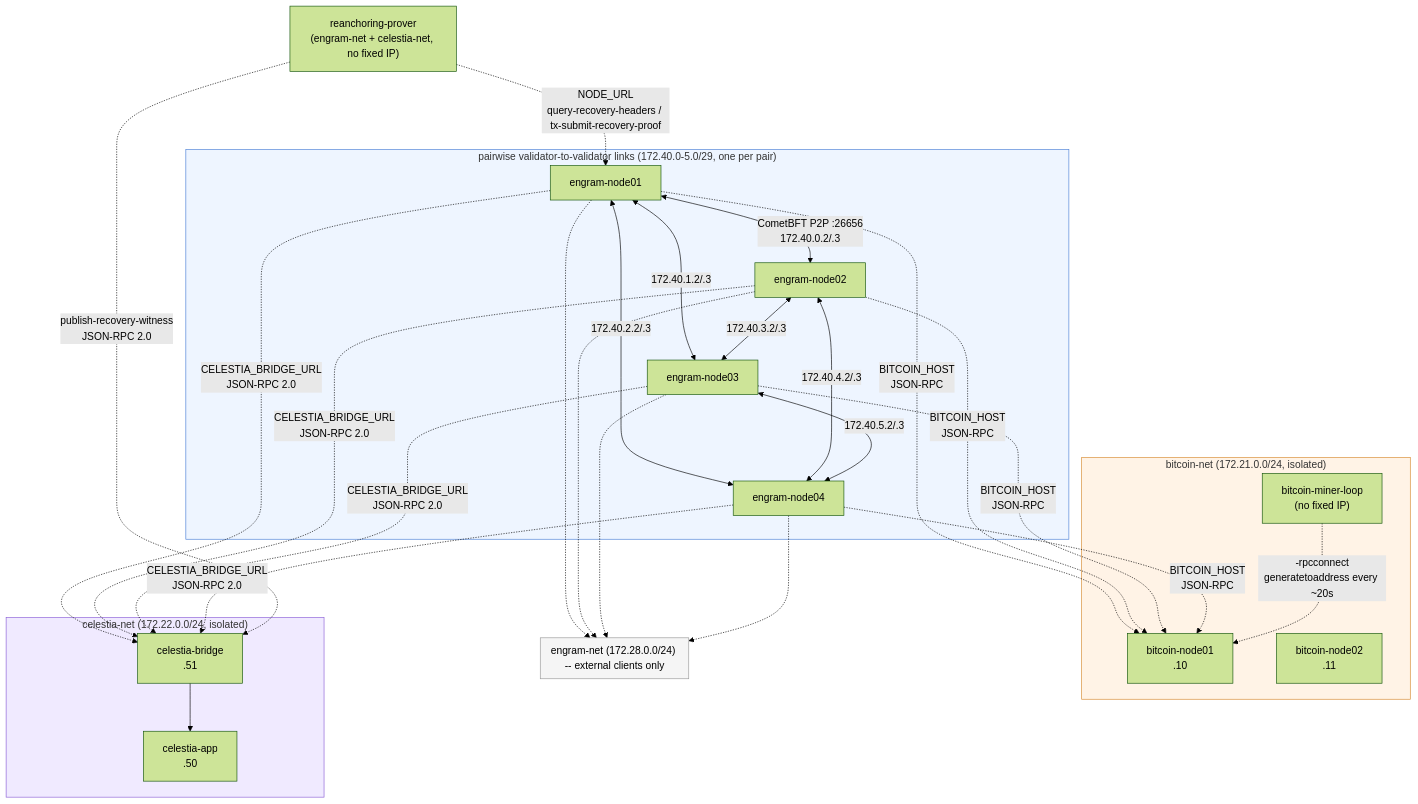
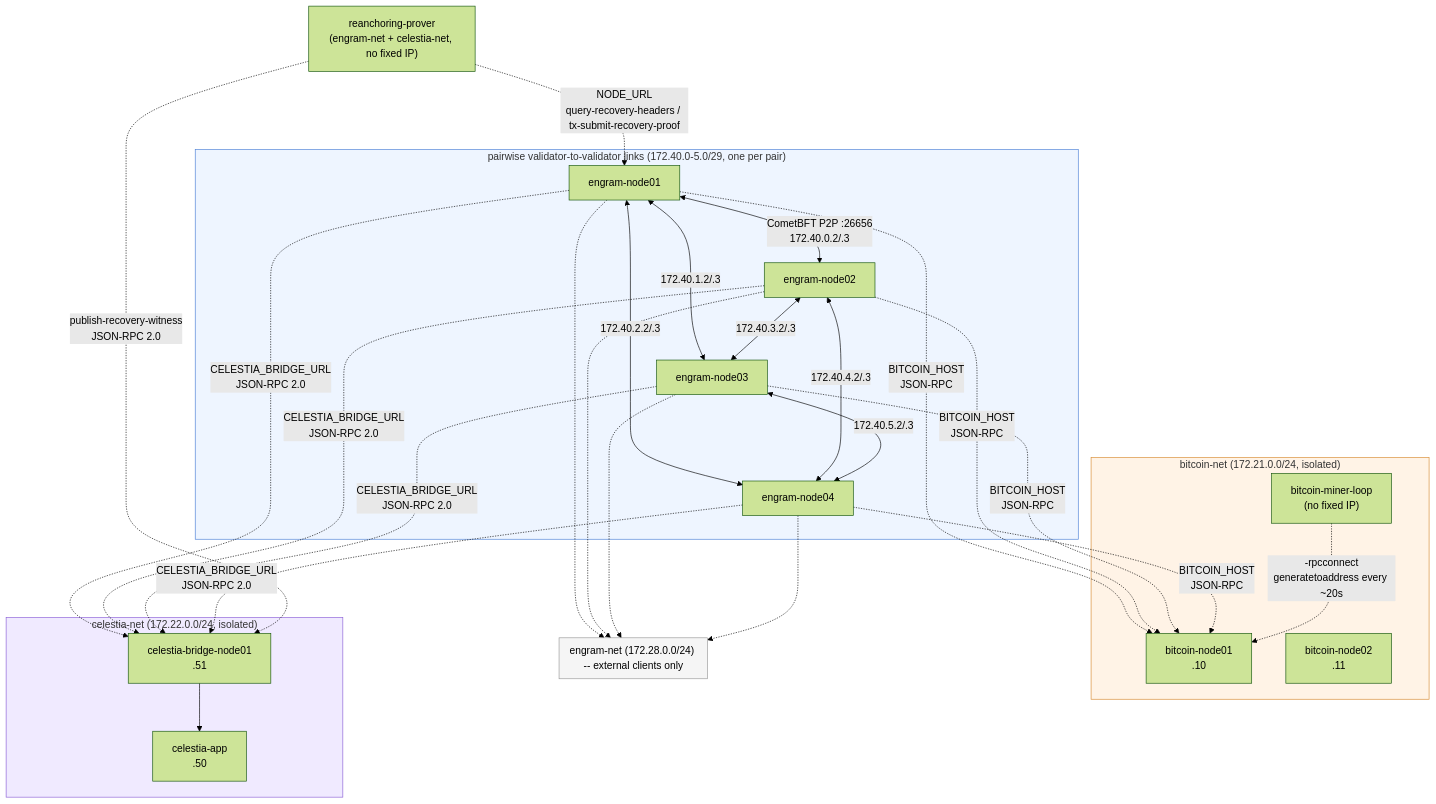
Before and after one commit to cuongct924/engram-sovereign-fsm: the diagram in docs/ARCHITECTURE.md, drawn with Mermaid (forest theme). The commit also changed other lines of this file and 2 other files, not shown here.

First line of the commit message:
docs: fix stale 4-node/celestia-bridge references in ARCHITECTURE, DEVELOPMENT, spec/README

````diff
--- a/docs/ARCHITECTURE.md
+++ b/docs/ARCHITECTURE.md
@@ -9,39 +9,39 @@
 ```mermaid
 flowchart TB
     subgraph plinks["pairwise validator-to-validator links (172.40.0-5.0/29, one per pair)"]
         N1["engram-node01"]
         N2["engram-node02"]
         N3["engram-node03"]
         N4["engram-node04"]
         N1 <-->|"CometBFT P2P :26656<br/>172.40.0.2/.3"| N2
         N1 <-->|172.40.1.2/.3| N3
         N1 <-->|172.40.2.2/.3| N4
         N2 <-->|172.40.3.2/.3| N3
         N2 <-->|172.40.4.2/.3| N4
         N3 <-->|172.40.5.2/.3| N4
     end
     subgraph engramnet["engram-net (172.28.0.0/24) -- external clients only"]
     end
     subgraph bitcoinnet["bitcoin-net (172.21.0.0/24, isolated)"]
         BTC1["bitcoin-node01<br/>.10"]
         BTC2["bitcoin-node02<br/>.11"]
         Miner["bitcoin-miner-loop<br/>(no fixed IP)"]
     end
     subgraph celestianet["celestia-net (172.22.0.0/24, isolated)"]
         CApp["celestia-app<br/>.50"]
-        CBridge["celestia-bridge<br/>.51"]
+        CBridge["celestia-bridge-node01<br/>.51"]
     end
     Prover["reanchoring-prover<br/>(engram-net + celestia-net, no fixed IP)"]
     N1 & N2 & N3 & N4 -.->|BITCOIN_HOST<br/>JSON-RPC| BTC1
     N1 & N2 & N3 & N4 -.->|CELESTIA_BRIDGE_URL<br/>JSON-RPC 2.0| CBridge
     N1 & N2 & N3 & N4 -.-> engramnet
     CBridge --> CApp
     Miner -.->|"-rpcconnect<br/>generatetoaddress every ~20s"| BTC1
     Prover -.->|"NODE_URL<br/>query-recovery-headers / tx-submit-recovery-proof"| N1
     Prover -.->|"publish-recovery-witness<br/>JSON-RPC 2.0"| CBridge
 
     style plinks fill:#eef5ff,stroke:#4a7fd6
     style engramnet fill:#f5f5f5,stroke:#999
     style bitcoinnet fill:#fff3e6,stroke:#d68a30
     style celestianet fill:#f0eaff,stroke:#8a5fd6
 ```
````
